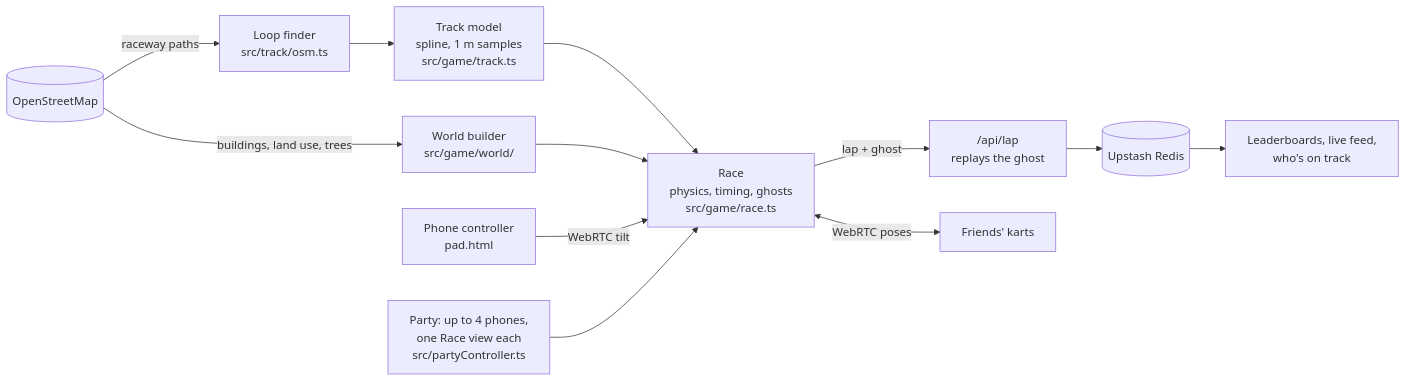
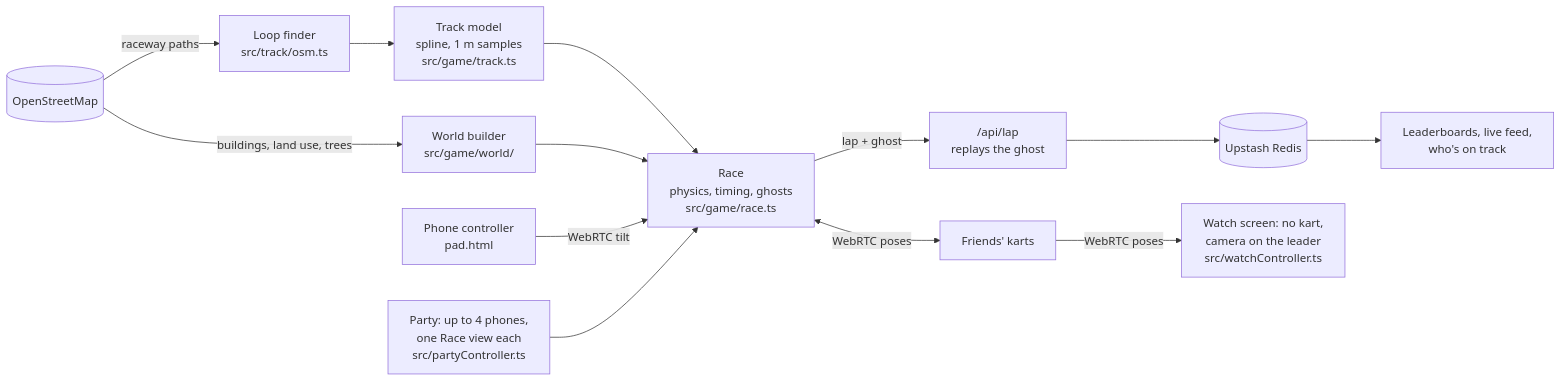
Before and after one commit to Cyrus-Krispin/apexkart: the diagram in README.md, drawn with Mermaid. The commit also changed other lines of this file and 18 other files, not shown here.

First line of the commit message:
Watch a room's race on another screen (#38)

````diff
--- a/README.md
+++ b/README.md
@@ -163,14 +172,15 @@
 ```mermaid
 flowchart LR
   OSM[("OpenStreetMap")] -->|raceway paths| Loop["Loop finder<br/>src/track/osm.ts"]
   Loop --> Model["Track model<br/>spline, 1 m samples<br/>src/game/track.ts"]
   OSM -->|"buildings, land use, trees"| World["World builder<br/>src/game/world/"]
   Model --> Race["Race<br/>physics, timing, ghosts<br/>src/game/race.ts"]
   World --> Race
   Race -->|"lap + ghost"| API["/api/lap<br/>replays the ghost"]
   API --> Redis[("Upstash Redis")]
   Redis --> Board["Leaderboards, live feed,<br/>who's on track"]
   Race <-->|"WebRTC poses"| Friends["Friends' karts"]
   Phone["Phone controller<br/>pad.html"] -->|"WebRTC tilt"| Race
   Party["Party: up to 4 phones,<br/>one Race view each<br/>src/partyController.ts"] --> Race
+  Friends -->|"WebRTC poses"| Watch["Watch screen: no kart,<br/>camera on the leader<br/>src/watchController.ts"]
 ```
````
